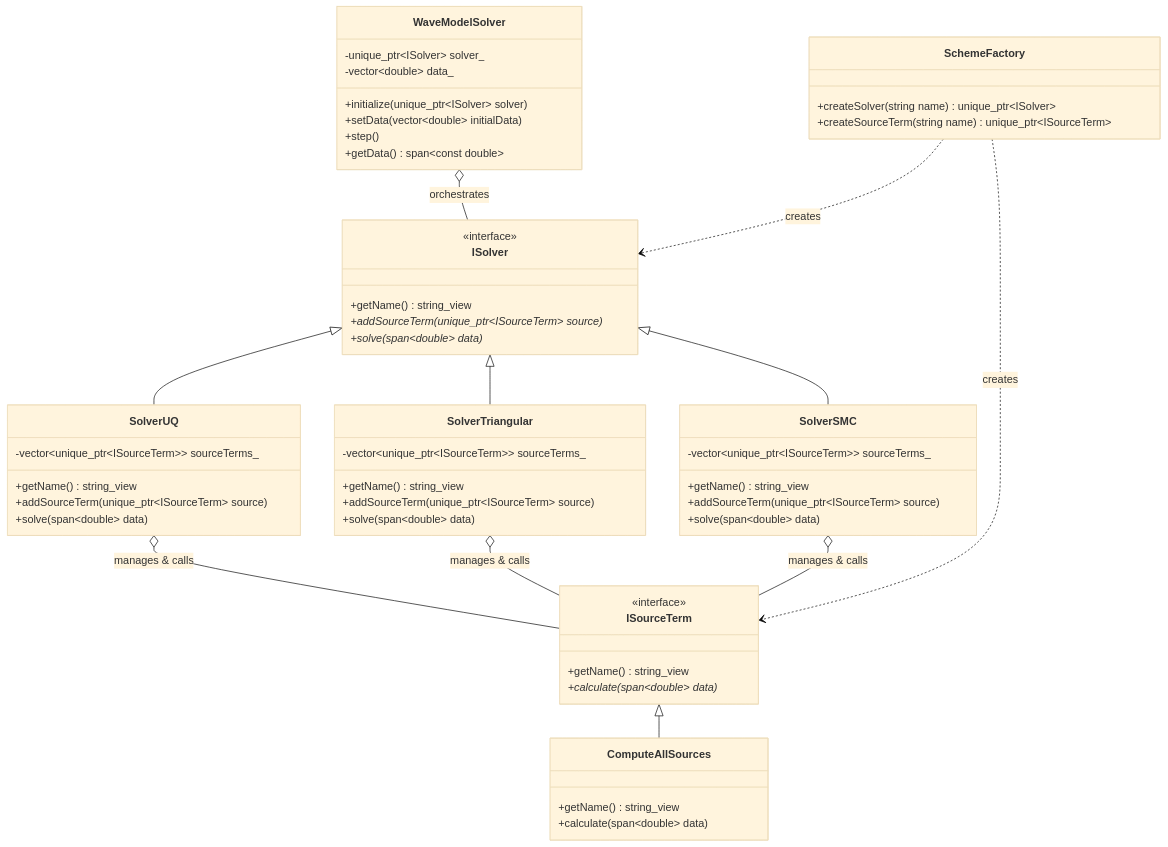
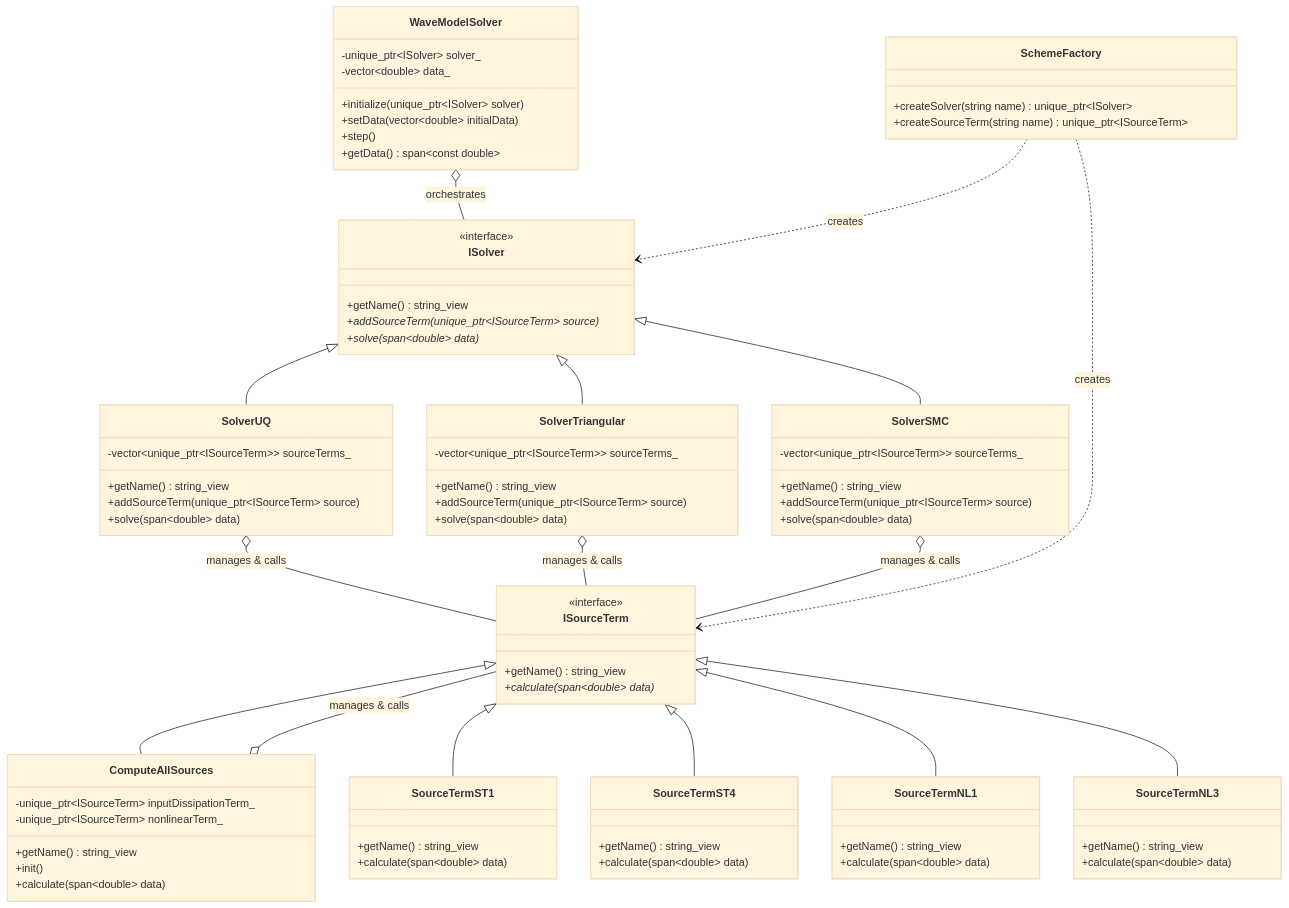
The third of 3 diagrams in ARCHITECTURE.md (HendrikTolman-NOAA/WW4_HLT), drawn with Mermaid (base theme) before and after one commit. The commit also changed other lines of this file, not shown here.

Commit message:
Refactor source term selection and update ARCHITECTURE.md
Centralize physical source term selection within ComputeAllSources using SchemeFactory
for input/dissipation (ST1, ST4) and nonlinear interactions (NL1, NL3).
Enforce mandatory selection options in RunConfig without default values.
Update ARCHITECTURE.md to detail and diagram introduced source terms.

````diff
--- a/ARCHITECTURE.md
+++ b/ARCHITECTURE.md
@@ -138,6 +142,29 @@
     }
 
     class ComputeAllSources {
+        -unique_ptr~ISourceTerm~ inputDissipationTerm_
+        -unique_ptr~ISourceTerm~ nonlinearTerm_
+        +getName() string_view
+        +init()
+        +calculate(span~double~ data)
+    }
+
+    class SourceTermST1 {
+        +getName() string_view
+        +calculate(span~double~ data)
+    }
+
+    class SourceTermST4 {
+        +getName() string_view
+        +calculate(span~double~ data)
+    }
+
+    class SourceTermNL1 {
+        +getName() string_view
+        +calculate(span~double~ data)
+    }
+
+    class SourceTermNL3 {
         +getName() string_view
         +calculate(span~double~ data)
     }
@@ -155,6 +182,11 @@
     SolverTriangular o-- ISourceTerm : manages & calls
     SolverSMC o-- ISourceTerm : manages & calls
     ISourceTerm <|-- ComputeAllSources
+    ISourceTerm <|-- SourceTermST1
+    ISourceTerm <|-- SourceTermST4
+    ISourceTerm <|-- SourceTermNL1
+    ISourceTerm <|-- SourceTermNL3
+    ComputeAllSources o-- ISourceTerm : manages & calls
     SchemeFactory ..> ISolver : creates
     SchemeFactory ..> ISourceTerm : creates
 ```
````
